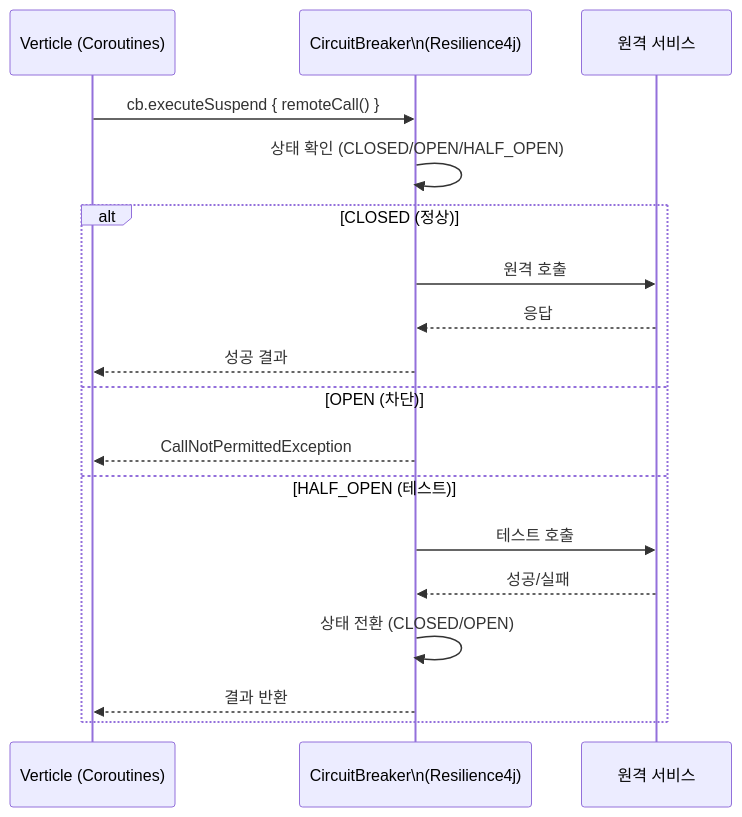
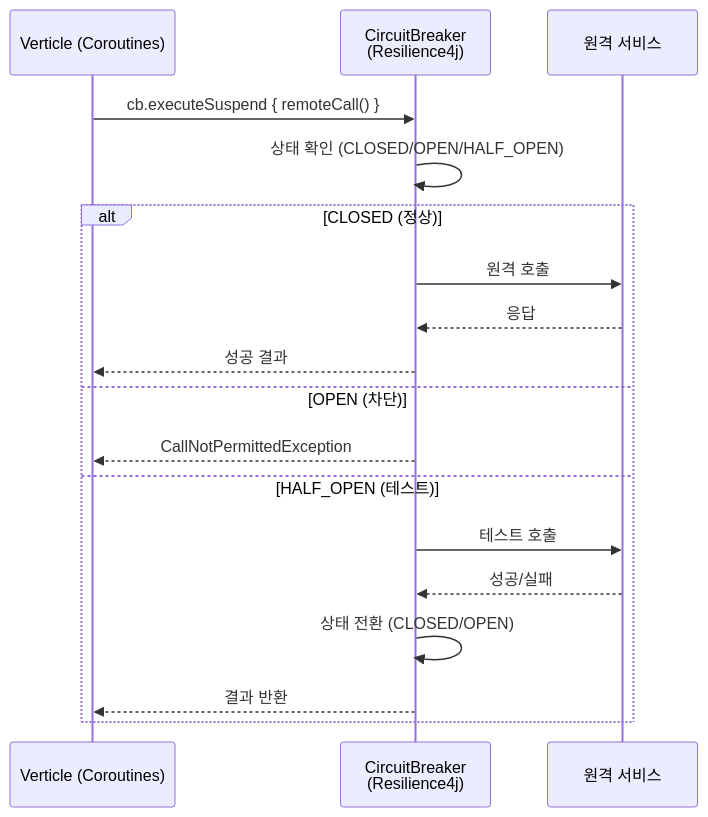
Before and after one commit to bluetape4k/bluetape4k-projects: the third of 3 diagrams in io/vertx/README.md, drawn with Mermaid. The commit also changed other lines of this file and 54 other files, not shown here.

Commit message:
docs: add UML and normalize Mermaid in module READMEs

````diff
--- a/io/vertx/README.md
+++ b/io/vertx/README.md
@@ -124,22 +124,22 @@
 ```mermaid
 sequenceDiagram
     participant 앱 as Verticle (Coroutines)
-    participant CB as CircuitBreaker\n(Resilience4j)
+    participant CB as CircuitBreaker<br/>(Resilience4j)
     participant SVC as 원격 서비스
 
     앱->>CB: cb.executeSuspend { remoteCall() }
     CB->>CB: 상태 확인 (CLOSED/OPEN/HALF_OPEN)
 
     alt CLOSED (정상)
         CB->>SVC: 원격 호출
         SVC-->>CB: 응답
         CB-->>앱: 성공 결과
     else OPEN (차단)
         CB-->>앱: CallNotPermittedException
     else HALF_OPEN (테스트)
         CB->>SVC: 테스트 호출
         SVC-->>CB: 성공/실패
         CB->>CB: 상태 전환 (CLOSED/OPEN)
         CB-->>앱: 결과 반환
     end
 ```
````
